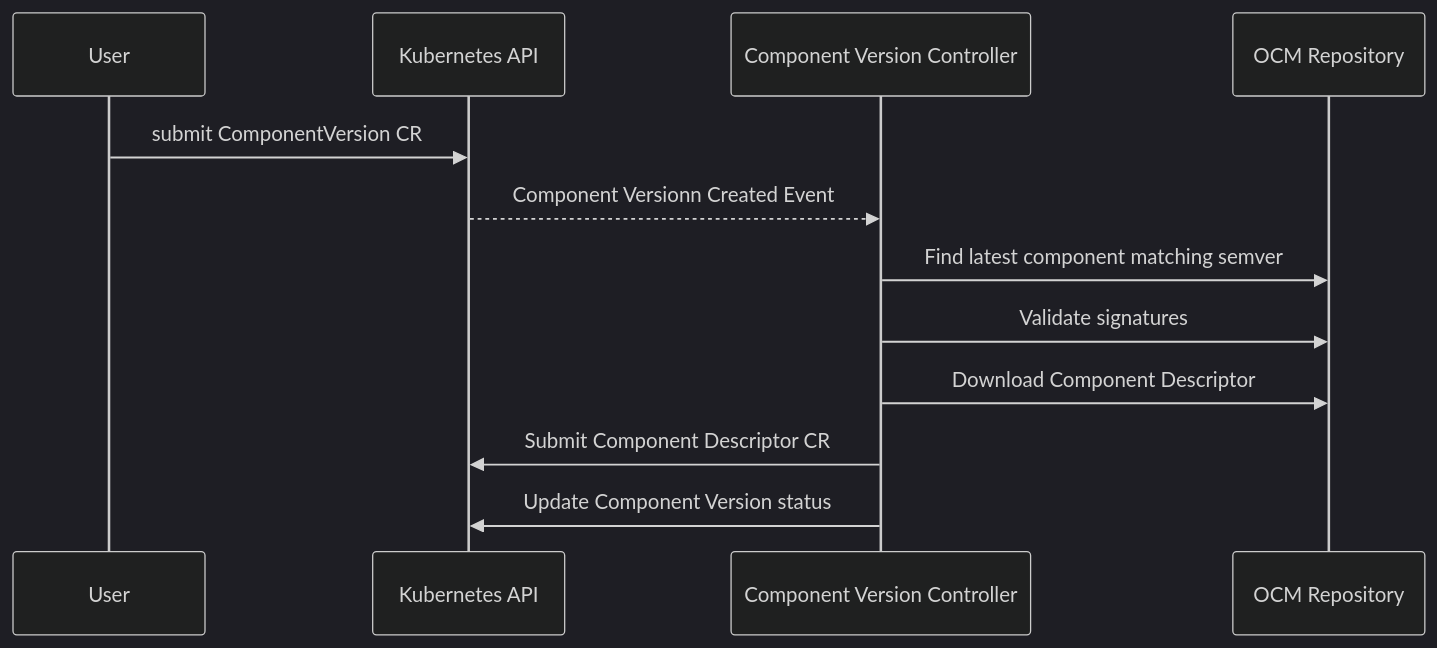
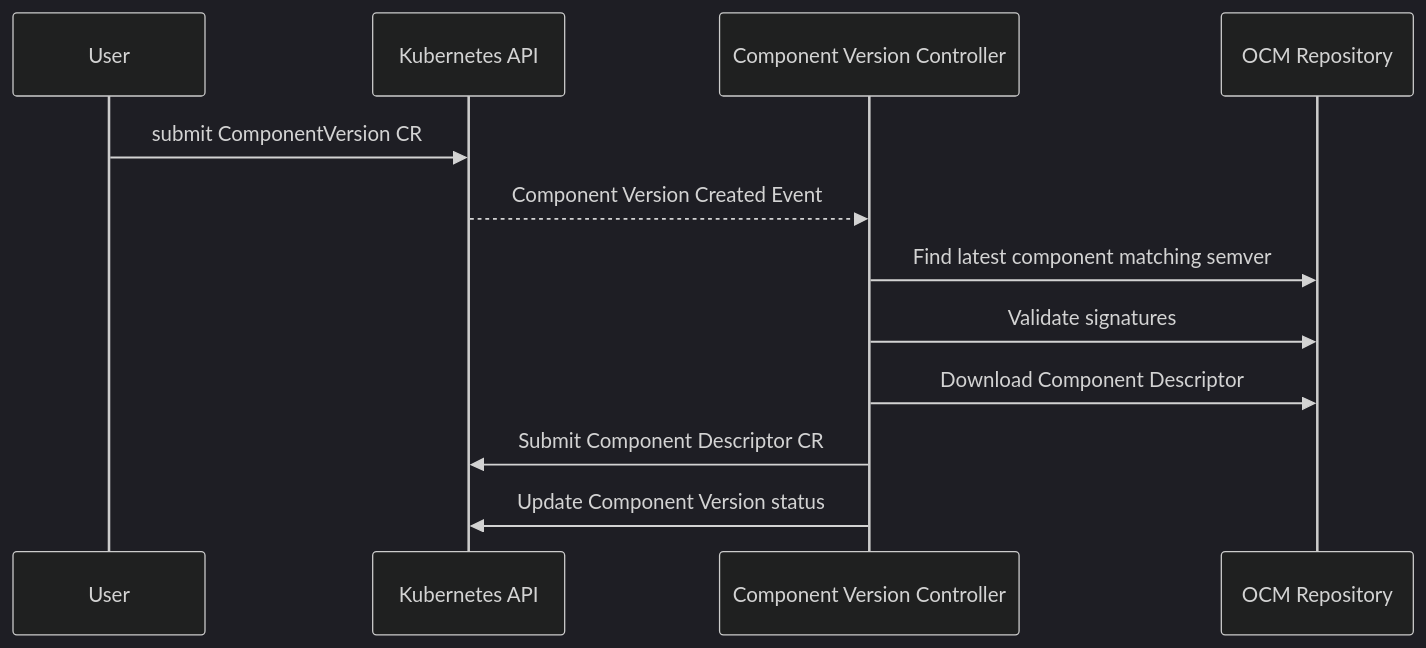
One commit to open-component-model/ocm-controller changed the first of 4 diagrams in docs/architecture.md. Above: the diagram before and after it, drawn with Mermaid (dark theme). The commit also changed other lines of this file, not shown here.

Commit message:
fix: update the architecture documentation

````diff
--- a/docs/architecture.md
+++ b/docs/architecture.md
@@ -44,10 +41,10 @@
 ```mermaid
 sequenceDiagram
     User->>Kubernetes API: submit ComponentVersion CR
-    Kubernetes API-->>Component Version Controller: Component Versionn Created Event
+    Kubernetes API-->>Component Version Controller: Component Version Created Event
     Component Version Controller->>OCM Repository: Find latest component matching semver 
     Component Version Controller->>OCM Repository: Validate signatures
     Component Version Controller->>OCM Repository: Download Component Descriptor
     Component Version Controller->>Kubernetes API: Submit Component Descriptor CR
     Component Version Controller->>Kubernetes API: Update Component Version status
 ```
````
